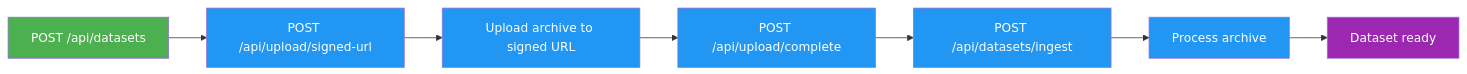
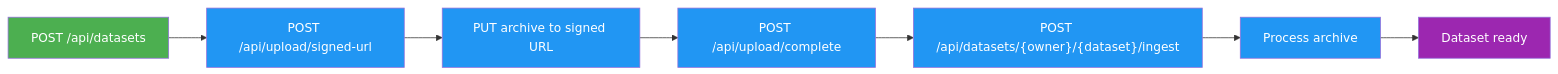
Before and after one commit to himanshunaidu/orddc2024_yolo_sidewalk: the second of 4 diagrams in orddc2024/predictors/yolo26/docs/en/platform/api/index.md, drawn with Mermaid. The commit also changed other lines of this file and 538 other files, not shown here.

````diff
--- a/orddc2024/predictors/yolo26/docs/en/platform/api/index.md
+++ b/orddc2024/predictors/yolo26/docs/en/platform/api/index.md
@@ -621,13 +899,13 @@
 ```mermaid
 graph LR
     A[POST /api/datasets]:::start --> B[POST /api/upload/signed-url]:::proc
-    B --> C[Upload archive to signed URL]:::proc
+    B --> C[PUT archive to signed URL]:::proc
     C --> D[POST /api/upload/complete]:::proc
-    D --> E[POST /api/datasets/ingest]:::proc
+    D --> E["POST /api/datasets/{owner}/{dataset}/ingest"]:::proc
     E --> F[Process archive]:::proc
     F --> G[Dataset ready]:::out
 
     classDef start fill:#4CAF50,color:#fff
     classDef proc fill:#2196F3,color:#fff
     classDef out fill:#9C27B0,color:#fff
 ```
````
